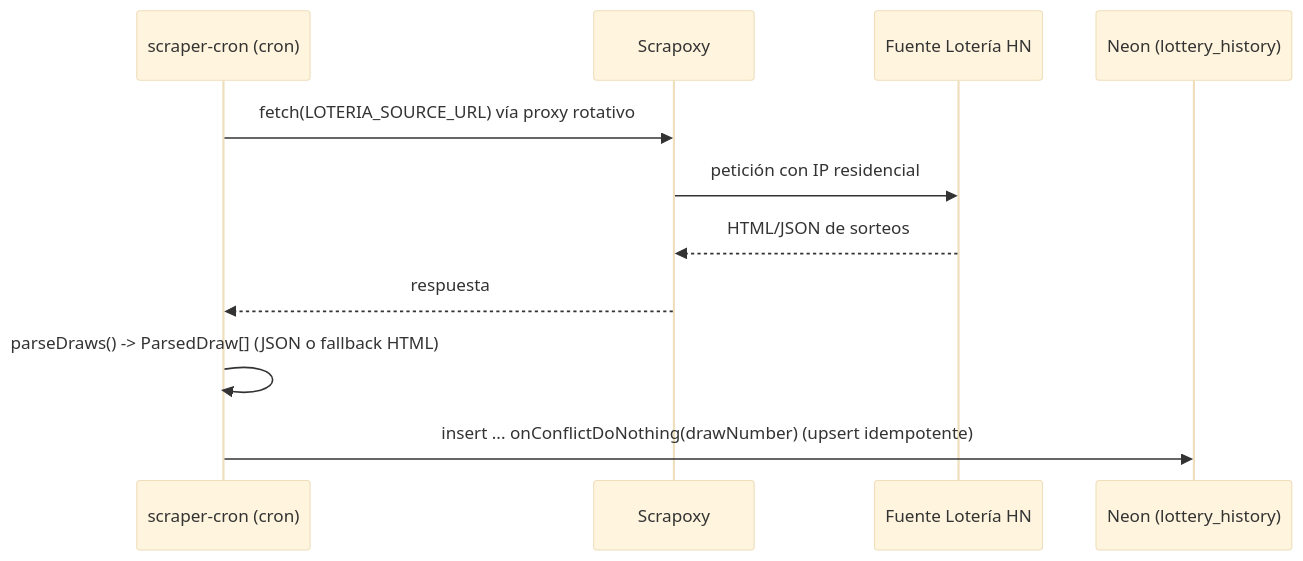
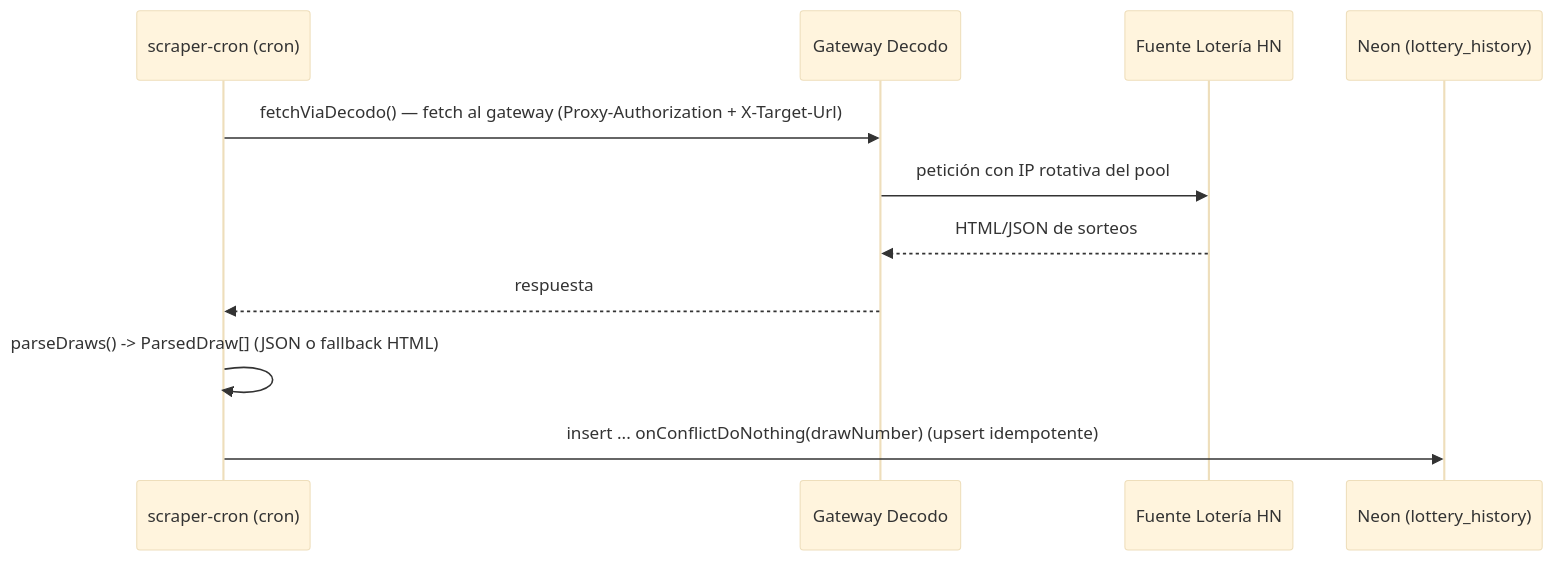
One commit to ogescoto/loto-honduras-analytics changed the diagram in docs/05_Procesos/Flujo_Ingestion_Scraping.md. Above: the diagram before and after it, drawn with Mermaid (base theme). The commit also changed other lines of this file and 15 other files, not shown here.

First line of the commit message:
feat(scraper): proxy de ingestión vía Decodo (gateway) en vez de Scrapoxy

````diff
--- a/docs/05_Procesos/Flujo_Ingestion_Scraping.md
+++ b/docs/05_Procesos/Flujo_Ingestion_Scraping.md
@@ -17,13 +17,13 @@
 ```mermaid
 sequenceDiagram
   participant CR as scraper-cron (cron)
-  participant PX as Scrapoxy
+  participant DX as Gateway Decodo
   participant SRC as Fuente Lotería HN
   participant DB as Neon (lottery_history)
-  CR->>PX: fetch(LOTERIA_SOURCE_URL) vía proxy rotativo
-  PX->>SRC: petición con IP residencial
-  SRC-->>PX: HTML/JSON de sorteos
-  PX-->>CR: respuesta
+  CR->>DX: fetchViaDecodo() — fetch al gateway (Proxy-Authorization + X-Target-Url)
+  DX->>SRC: petición con IP rotativa del pool
+  SRC-->>DX: HTML/JSON de sorteos
+  DX-->>CR: respuesta
   CR->>CR: parseDraws() -> ParsedDraw[] (JSON o fallback HTML)
   CR->>DB: insert ... onConflictDoNothing(drawNumber) (upsert idempotente)
 ```
````
